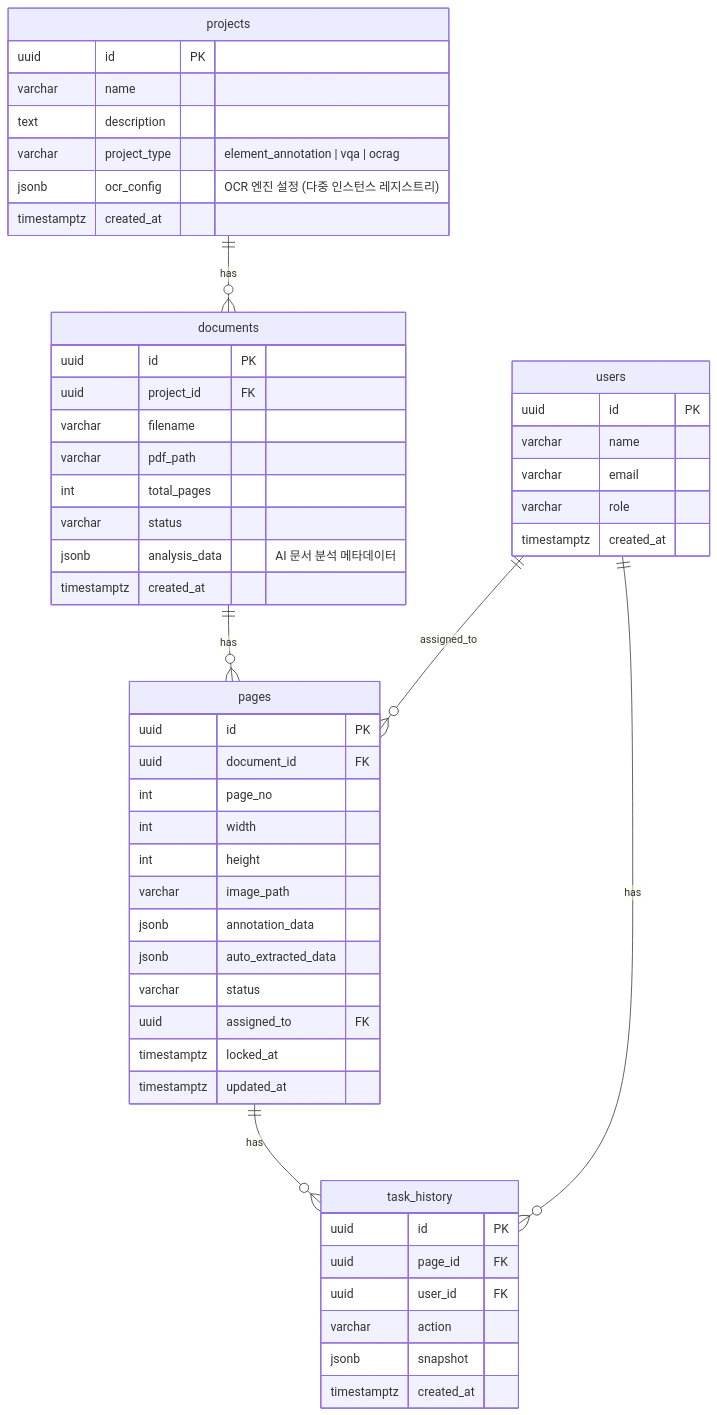
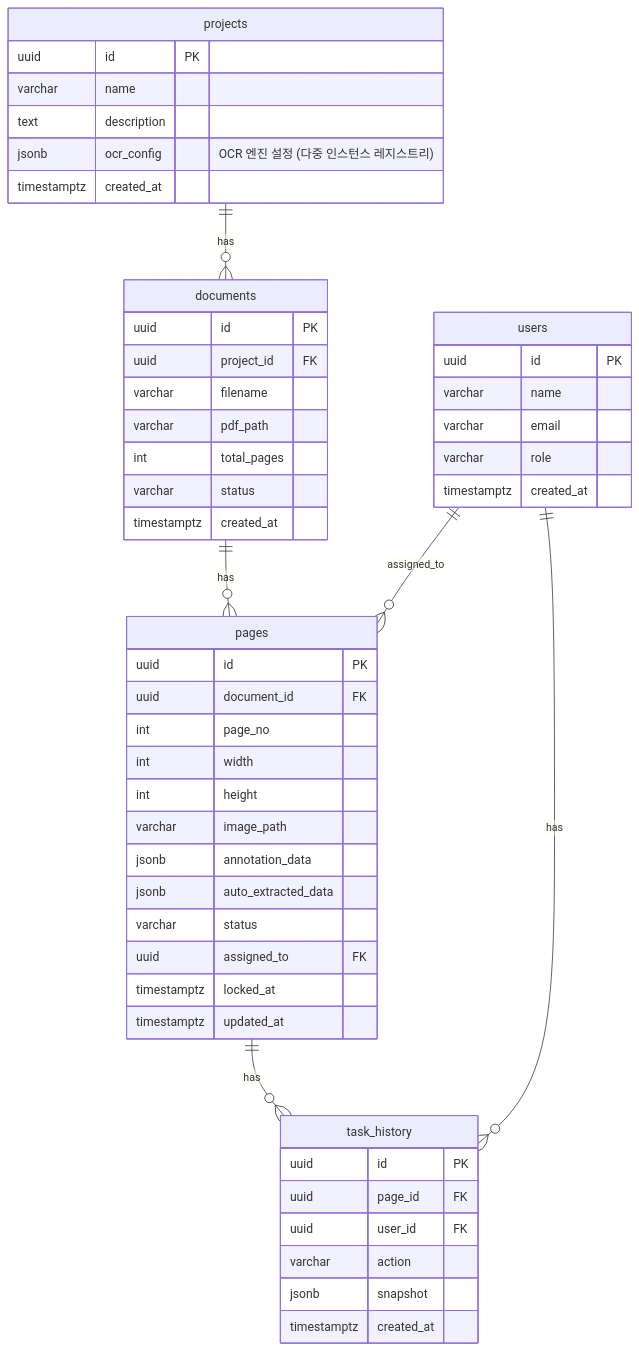
One commit to appleparan/saegim changed the diagram in docs/backend/architecture/database.md. Above: the diagram before and after it, drawn with Mermaid. The commit also changed other lines of this file and 3 other files, not shown here.

First line of the commit message:
docs: sync diagrams and docs with actual codebase

````diff
--- a/docs/backend/architecture/database.md
+++ b/docs/backend/architecture/database.md
@@ -51,60 +50,58 @@
 ```mermaid
 erDiagram
     projects ||--o{ documents : has
     documents ||--o{ pages : has
     users ||--o{ pages : "assigned_to"
     pages ||--o{ task_history : has
     users ||--o{ task_history : has
 
     projects {
         uuid id PK
         varchar name
         text description
-        varchar project_type "element_annotation | vqa | ocrag"
         jsonb ocr_config "OCR 엔진 설정 (다중 인스턴스 레지스트리)"
         timestamptz created_at
     }
 
     documents {
         uuid id PK
         uuid project_id FK
         varchar filename
         varchar pdf_path
         int total_pages
         varchar status
-        jsonb analysis_data "AI 문서 분석 메타데이터"
         timestamptz created_at
     }
 
     pages {
         uuid id PK
         uuid document_id FK
         int page_no
         int width
         int height
         varchar image_path
         jsonb annotation_data
         jsonb auto_extracted_data
         varchar status
         uuid assigned_to FK
         timestamptz locked_at
         timestamptz updated_at
     }
 
     users {
         uuid id PK
         varchar name
         varchar email
         varchar role
         timestamptz created_at
     }
 
     task_history {
         uuid id PK
         uuid page_id FK
         uuid user_id FK
         varchar action
         jsonb snapshot
         timestamptz created_at
     }
 ```
````
